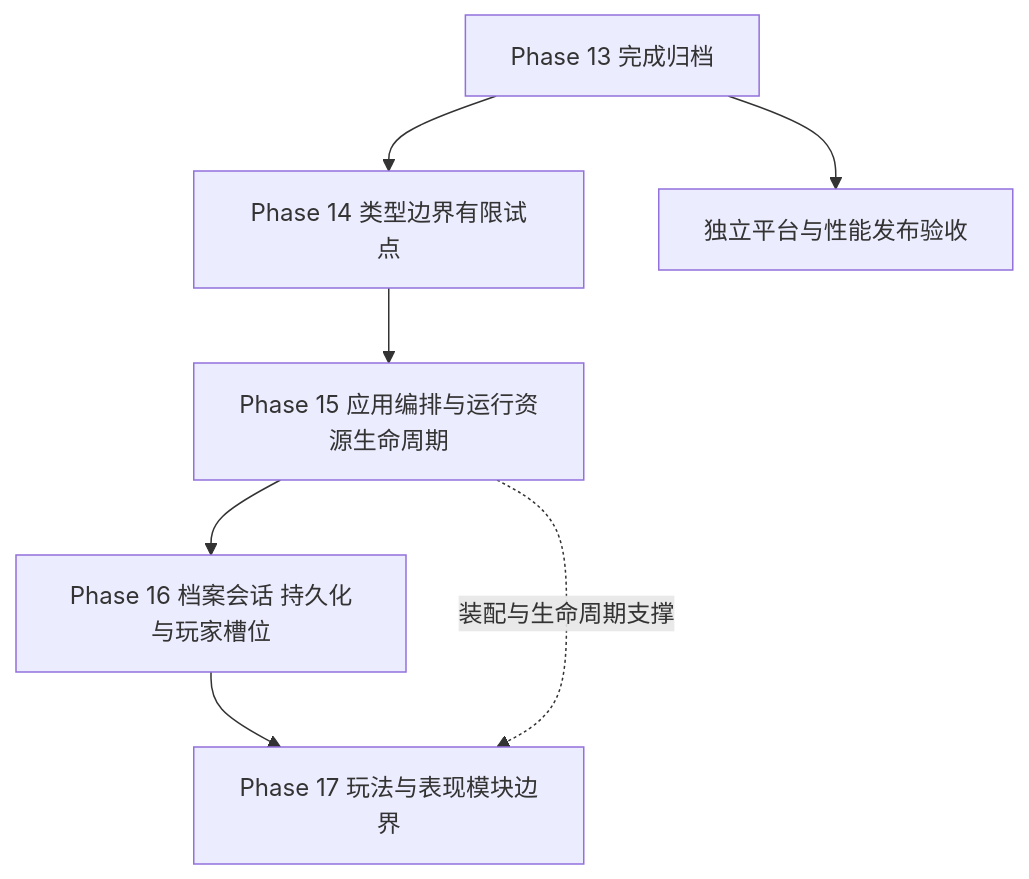
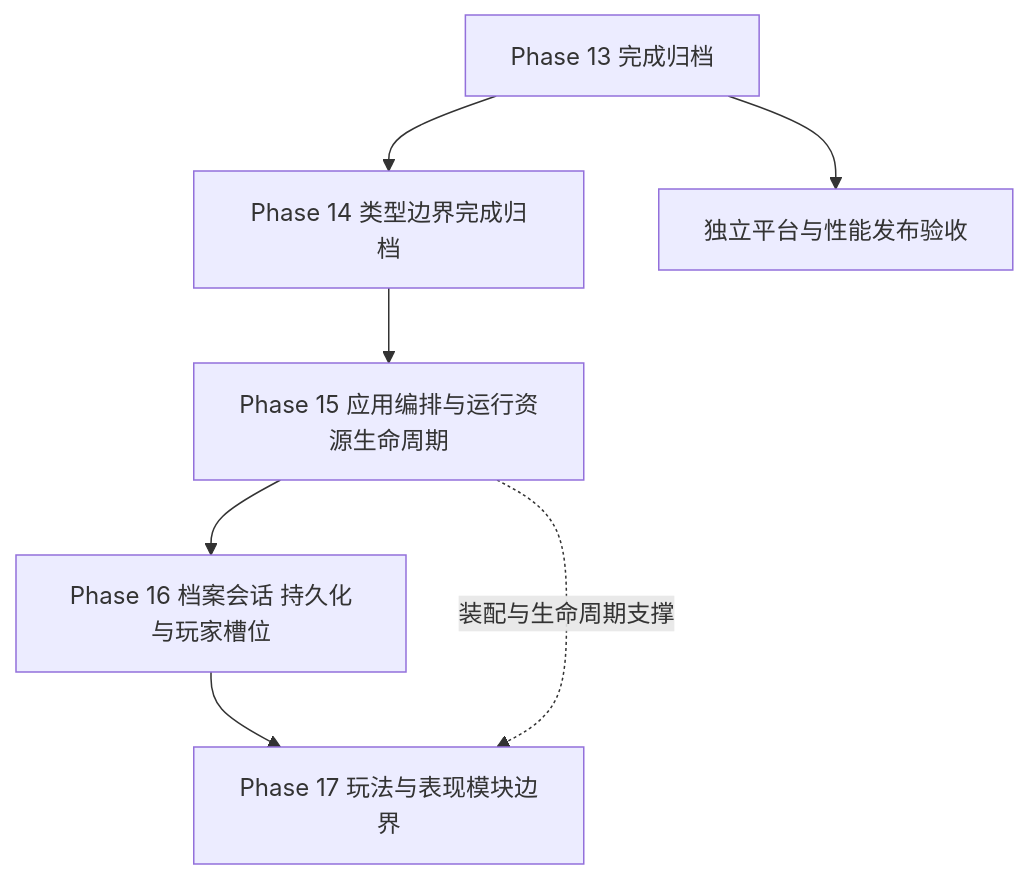
Before and after one commit to 0xnayuta/BHYH: the diagram in docs/roadmap/roadmap.md, drawn with Mermaid. The commit also changed other lines of this file and 12 other files, not shown here.

First line of the commit message:
docs(roadmap): 归档 Phase 14 并规划 Phase 15

````diff
--- a/docs/roadmap/roadmap.md
+++ b/docs/roadmap/roadmap.md
@@ -45,9 +45,9 @@
 ```mermaid
 flowchart TD
-    A[Phase 13 完成归档] --> B[Phase 14 类型边界有限试点]
+    A[Phase 13 完成归档] --> B[Phase 14 类型边界完成归档]
     B --> C[Phase 15 应用编排与运行资源生命周期]
     C --> D[Phase 16 档案会话 持久化与玩家槽位]
     D --> E[Phase 17 玩法与表现模块边界]
     A --> F[独立平台与性能发布验收]
     C -.装配与生命周期支撑.-> E
 ```
````
